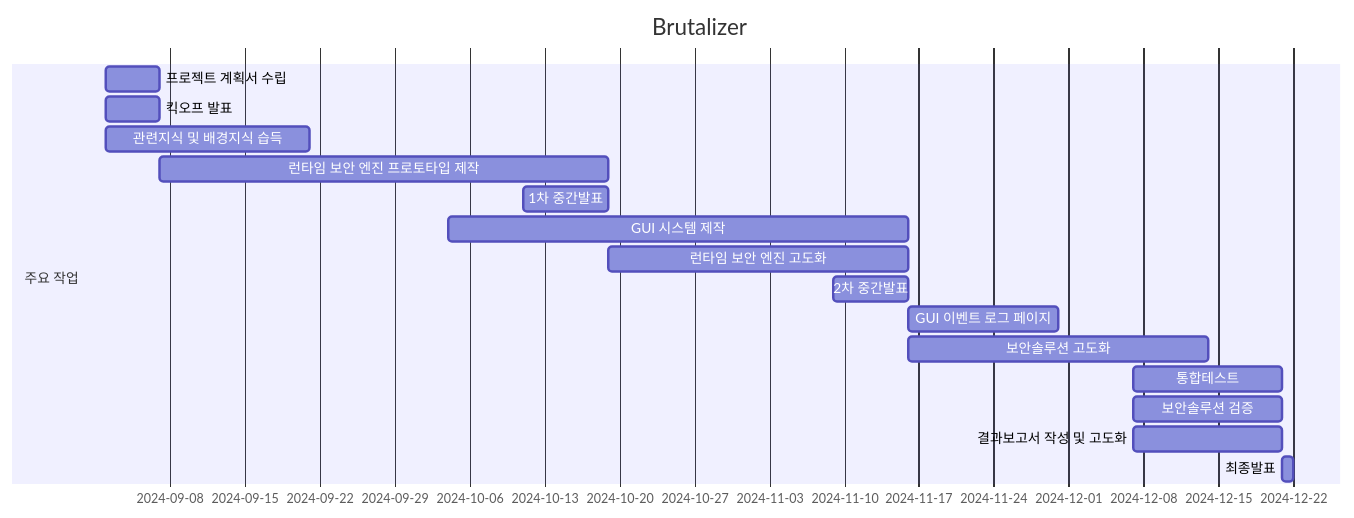
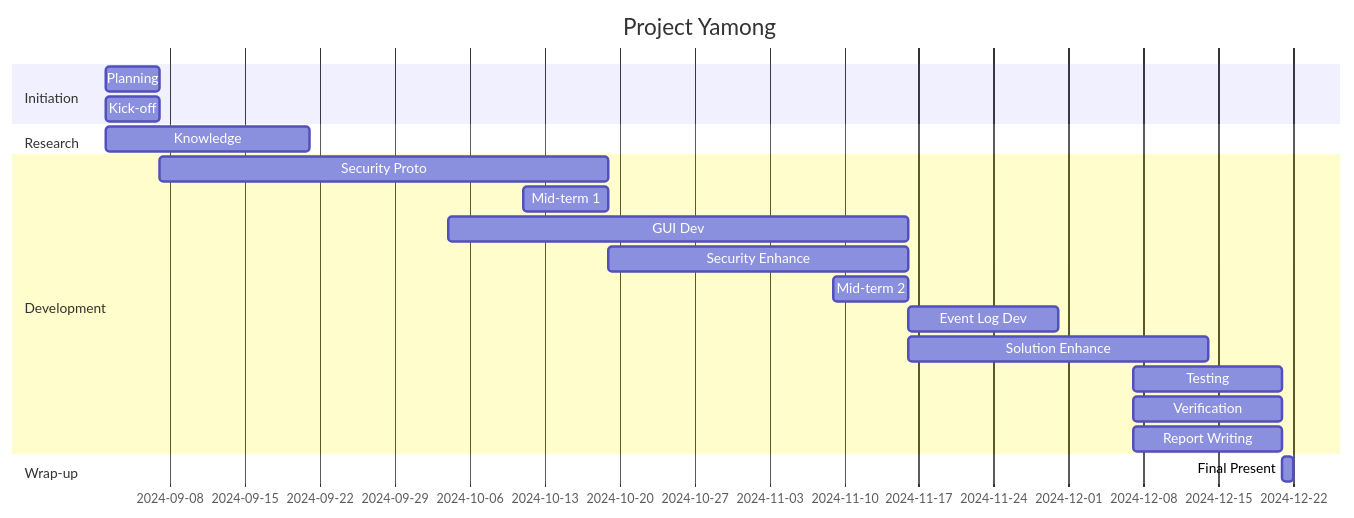
Before and after one commit to bob-yamong/.github: the diagram in profile/README.md, drawn with Mermaid.

````diff
--- a/profile/README.md
+++ b/profile/README.md
@@ -10,22 +10,28 @@
 ```mermaid
 gantt
-    title Brutalizer
+    title Project Yamong
     dateFormat YYYY-MM-DD
     todayMarker off
 
-    section 주요 작업
-        프로젝트 계획서 수립 :2024-09-02, 5d
-        킥오프 발표 :2024-09-02, 5d
-        관련지식 및 배경지식 습득 :2024-09-02, 19d
-        런타임 보안 엔진 프로토타입 제작 :2024-09-07, 42d
-        1차 중간발표 :2024-10-11, 8d
-        GUI 시스템 제작 :2024-10-04, 43d
-        런타임 보안 엔진 고도화 :2024-10-19, 28d
-        2차 중간발표 :2024-11-09, 7d
-        GUI 이벤트 로그 페이지 :2024-11-16, 14d
-        보안솔루션 고도화 :2024-11-16, 28d
-        통합테스트 :2024-12-07, 14d
-        보안솔루션 검증 :2024-12-07, 14d
-        결과보고서 작성 및 고도화 :2024-12-07, 14d
-        최종발표 :2024-12-21, 1d
+    section Initiation
+    Planning         :2024-09-02, 5d
+    Kick-off         :2024-09-02, 5d
+
+    section Research
+    Knowledge        :2024-09-02, 19d
+
+    section Development
+    Security Proto   :2024-09-07, 42d
+    Mid-term 1       :2024-10-11, 8d
+    GUI Dev          :2024-10-04, 43d
+    Security Enhance :2024-10-19, 28d
+    Mid-term 2       :2024-11-09, 7d
+    Event Log Dev    :2024-11-16, 14d
+    Solution Enhance :2024-11-16, 28d
+    Testing          :2024-12-07, 14d
+    Verification     :2024-12-07, 14d
+    Report Writing   :2024-12-07, 14d
+
+    section Wrap-up
+    Final Present    :2024-12-21, 1d
 ```
````
